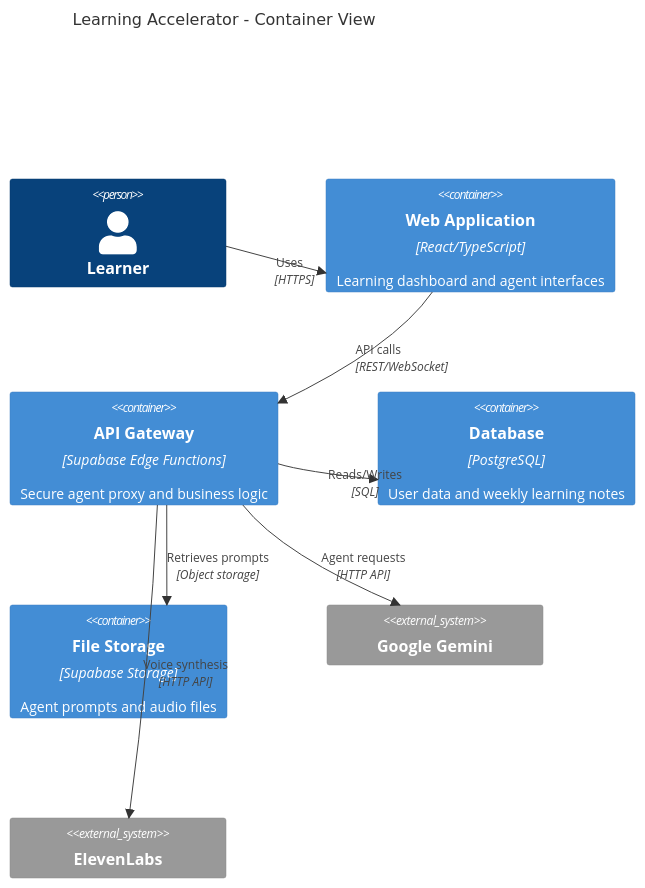
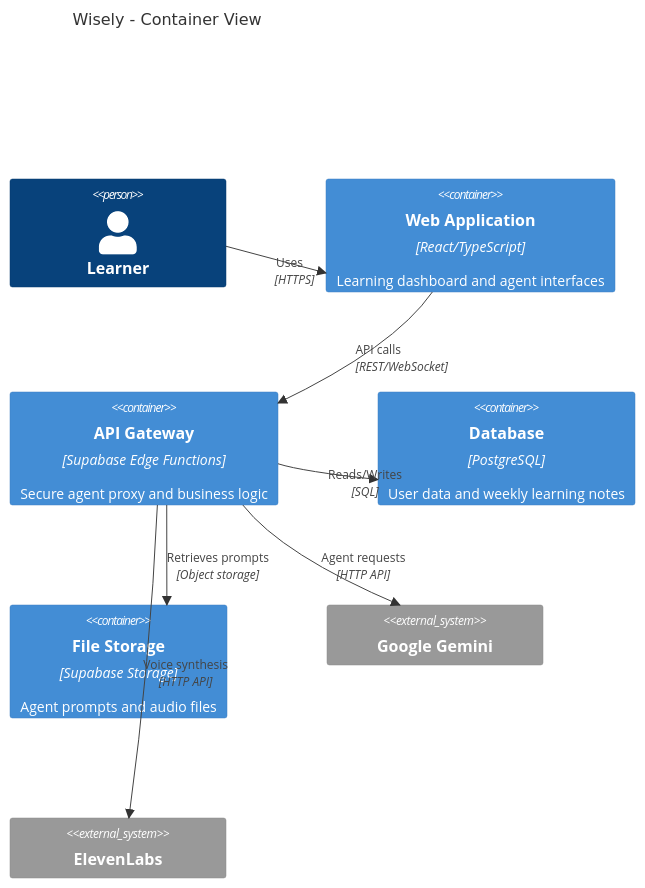
Before and after one commit to Geddydukes/LearningAccelerator: the second of 3 diagrams in docs/architecture.md, drawn with Mermaid. The commit also changed other lines of this file and 46 other files, not shown here.

First line of the commit message:
refactor: Replace all references to 'Learning Accelerator' with 'Wisely'

````diff
--- a/docs/architecture.md
+++ b/docs/architecture.md
@@ -27,21 +27,21 @@
 ```mermaid
 C4Container
-    title Learning Accelerator - Container View
+    title Wisely - Container View
 
     Person(learner, "Learner")
     
     Container(webapp, "Web Application", "React/TypeScript", "Learning dashboard and agent interfaces")
     Container(api, "API Gateway", "Supabase Edge Functions", "Secure agent proxy and business logic")
     Container(db, "Database", "PostgreSQL", "User data and weekly learning notes")
     Container(storage, "File Storage", "Supabase Storage", "Agent prompts and audio files")
     
     System_Ext(gemini, "Google Gemini")
     System_Ext(elevenlabs, "ElevenLabs")
     
     Rel(learner, webapp, "Uses", "HTTPS")
     Rel(webapp, api, "API calls", "REST/WebSocket")
     Rel(api, db, "Reads/Writes", "SQL")
     Rel(api, storage, "Retrieves prompts", "Object storage")
     Rel(api, gemini, "Agent requests", "HTTP API")
     Rel(api, elevenlabs, "Voice synthesis", "HTTP API")
 ```
````
